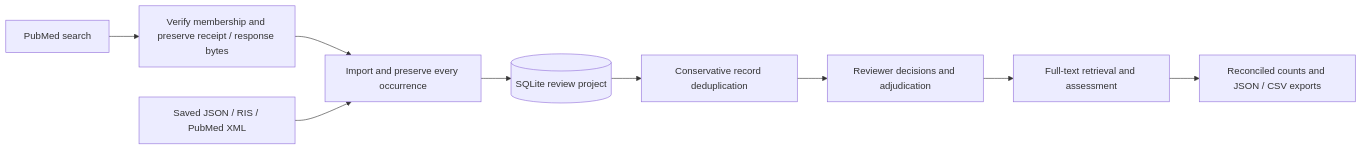
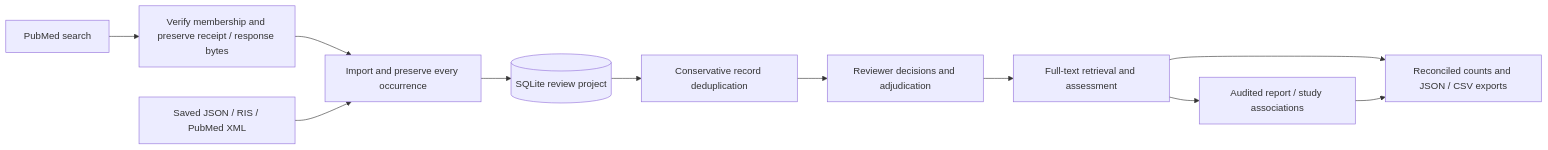
One commit to hnt119/lit-rev-engine changed the first of 2 diagrams in README.md. Above: the diagram before and after it, drawn with Mermaid. The commit also changed other lines of this file and 24 other files, not shown here.

Commit message:
Add audited study linkage and conditional study counts

````diff
--- a/README.md
+++ b/README.md
@@ -9,11 +9,13 @@
 ```mermaid
 flowchart LR
     PubMed[PubMed search] --> Capture[Verify membership and preserve receipt / response bytes]
     Capture --> Import
     Export[Saved JSON / RIS / PubMed XML] --> Import[Import and preserve every occurrence]
     Import --> Ledger[(SQLite review project)]
     Ledger --> Dedup[Conservative record deduplication]
     Dedup --> Screening[Reviewer decisions and adjudication]
     Screening --> Fulltext[Full-text retrieval and assessment]
     Fulltext --> Counts[Reconciled counts and JSON / CSV exports]
+    Fulltext --> Link[Audited report / study associations]
+    Link --> Counts
 ```
````
